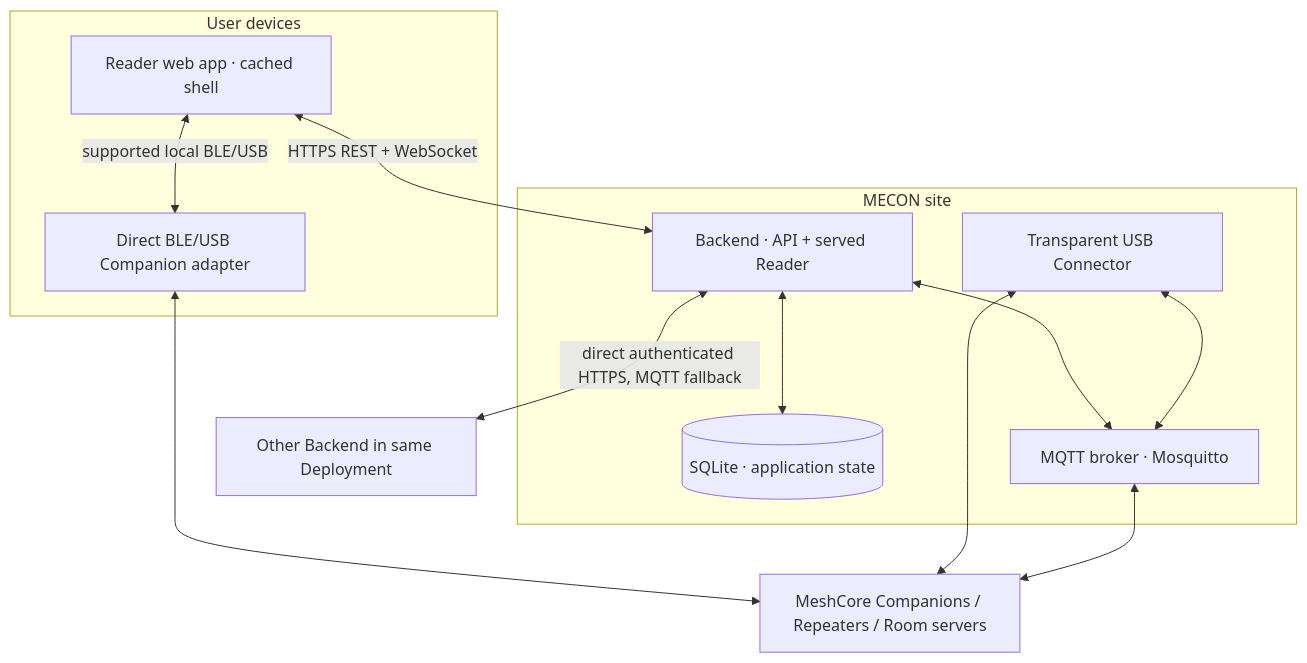
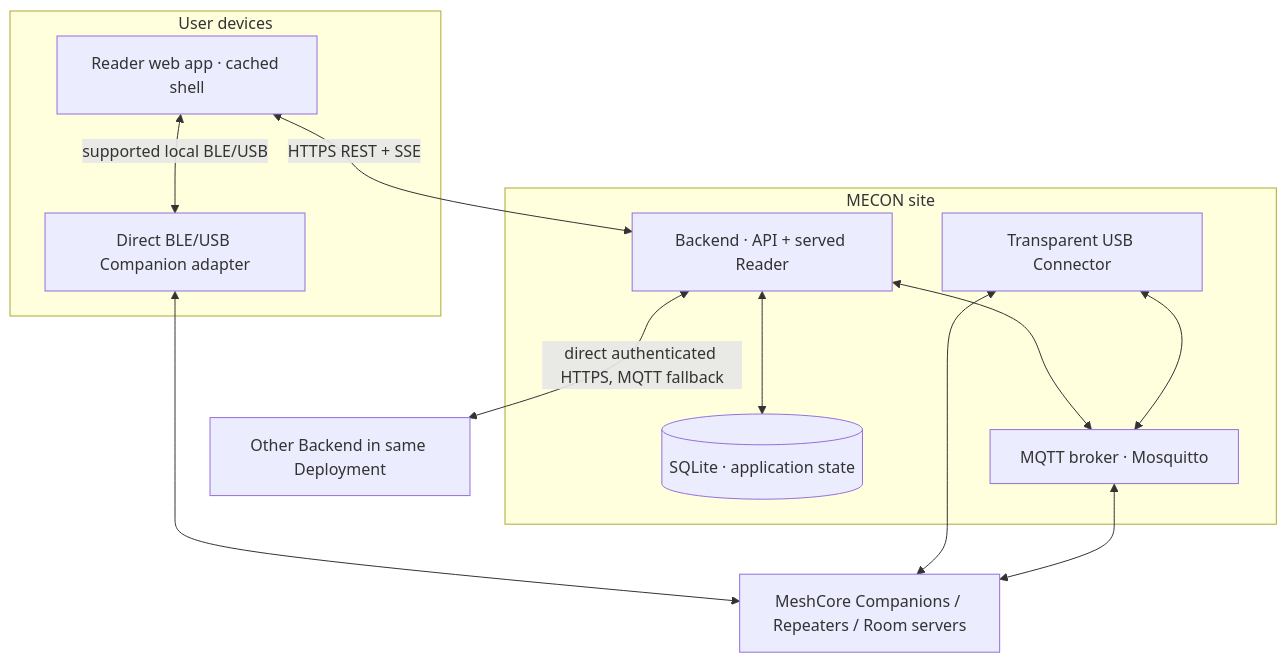
Before and after one commit to hoejriis/mecon-backend: the diagram in docs/TARGET_ARCHITECTURE.md, drawn with Mermaid. The commit also changed other lines of this file and 12 other files, not shown here.

First line of the commit message:
Docs review A: README, architecture, roadmap, migration and deployment docs match the current state (#167)

````diff
--- a/docs/TARGET_ARCHITECTURE.md
+++ b/docs/TARGET_ARCHITECTURE.md
@@ -9,24 +9,24 @@
 ```mermaid
 flowchart TB
   subgraph CLIENT["User devices"]
     R["Reader web app · cached shell"]
     BLE["Direct BLE/USB Companion adapter"]
   end
   subgraph SITE["MECON site"]
     B["Backend · API + served Reader"]
     DB[("SQLite · application state")]
     BR["MQTT broker · Mosquitto"]
     USB["Transparent USB Connector"]
   end
   RF["MeshCore Companions / Repeaters / Room servers"]
   OTHER["Other Backend in same Deployment"]
-  R <-->|"HTTPS REST + WebSocket"| B
+  R <-->|"HTTPS REST + SSE"| B
   R <-->|"supported local BLE/USB"| BLE
   BLE <--> RF
   B <--> DB
   B <--> BR
   USB <--> BR
   USB <--> RF
   BR <--> RF
   B <-->|"direct authenticated HTTPS, MQTT fallback"| OTHER
 ```
````
